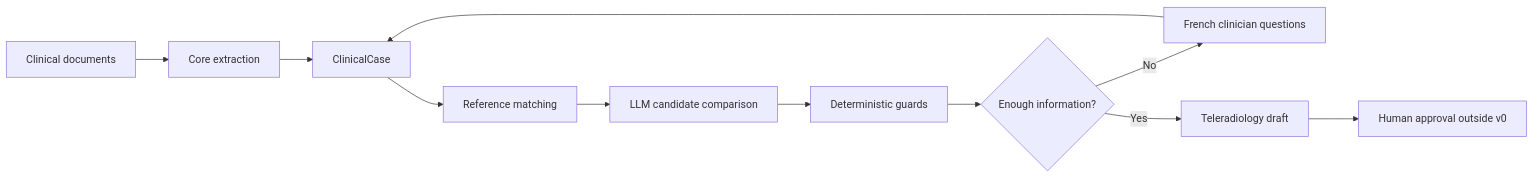
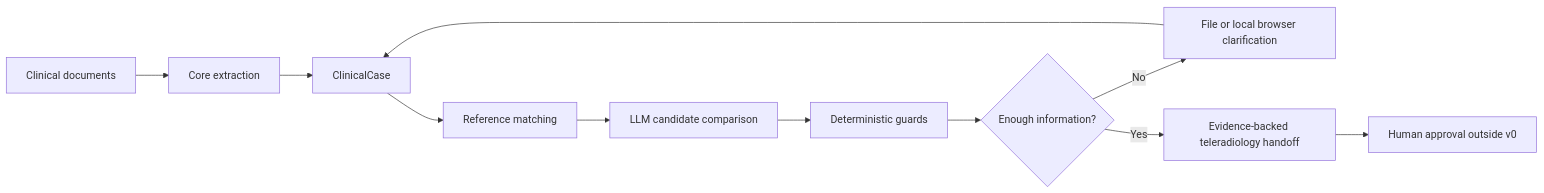
One commit to Thibescobar/bulkinout changed the diagram in docs/README.md. Above: the diagram before and after it, drawn with Mermaid. The commit also changed other lines of this file and 50 other files, not shown here.

Commit message:
Add interactive clarification and radiology handoff

````diff
--- a/docs/README.md
+++ b/docs/README.md
@@ -9,13 +9,13 @@
 ```mermaid
 flowchart LR
     A[Clinical documents] --> B[Core extraction]
     B --> C[ClinicalCase]
     C --> D[Reference matching]
     D --> E[LLM candidate comparison]
     E --> F[Deterministic guards]
     F --> G{Enough information?}
-    G -- No --> H[French clinician questions]
+    G -- No --> H[File or local browser clarification]
     H --> C
-    G -- Yes --> I[Teleradiology draft]
+    G -- Yes --> I[Evidence-backed teleradiology handoff]
     I --> J[Human approval outside v0]
 ```
````
